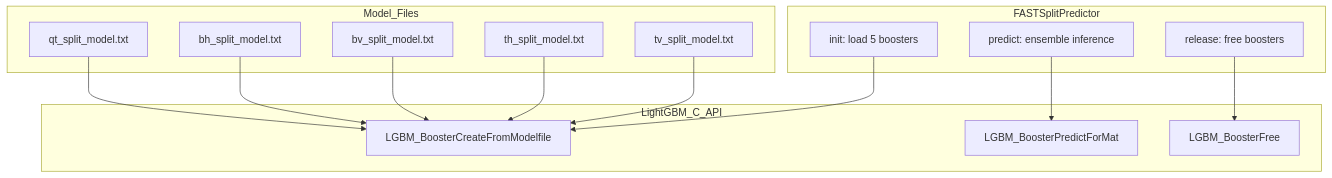
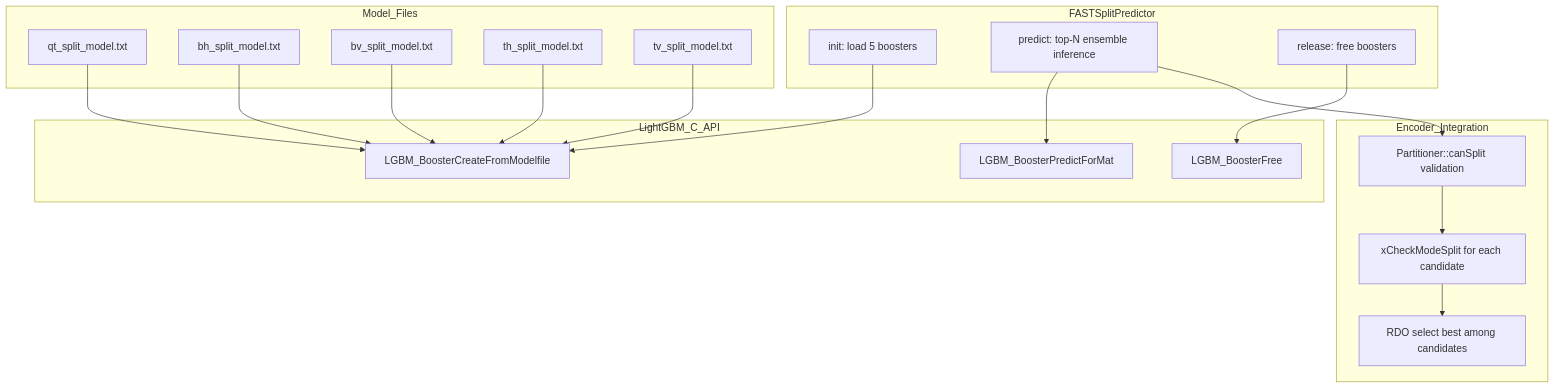
The diagram in source/Lib/MLTools/FASTSplitPredictor.spec.md (opensassi/deepenc), drawn with Mermaid before and after one commit. The commit also changed other lines of this file and 24 other files, not shown here.

````diff
--- a/source/Lib/MLTools/FASTSplitPredictor.spec.md
+++ b/source/Lib/MLTools/FASTSplitPredictor.spec.md
@@ -99,28 +110,36 @@
 ```mermaid
 graph TB
     subgraph FASTSplitPredictor
         INIT[init: load 5 boosters]
-        PREDICT[predict: ensemble inference]
+        PREDICT[predict: top-N ensemble inference]
         RELEASE[release: free boosters]
     end
     subgraph Model_Files
         QT[qt_split_model.txt]
         BH[bh_split_model.txt]
         BV[bv_split_model.txt]
         TH[th_split_model.txt]
         TV[tv_split_model.txt]
     end
     subgraph LightGBM_C_API
         LOAD[LGBM_BoosterCreateFromModelfile]
         INFER[LGBM_BoosterPredictForMat]
         FREE[LGBM_BoosterFree]
     end
+    subgraph Encoder_Integration
+        CANSPLIT[Partitioner::canSplit validation]
+        RDOLOOP[xCheckModeSplit for each candidate]
+        SELECT[RDO select best among candidates]
+    end
     INIT --> LOAD
     QT --> LOAD
     BH --> LOAD
     BV --> LOAD
     TH --> LOAD
     TV --> LOAD
     PREDICT --> INFER
+    PREDICT --> CANSPLIT
+    CANSPLIT --> RDOLOOP
+    RDOLOOP --> SELECT
     RELEASE --> FREE
 ```
````
